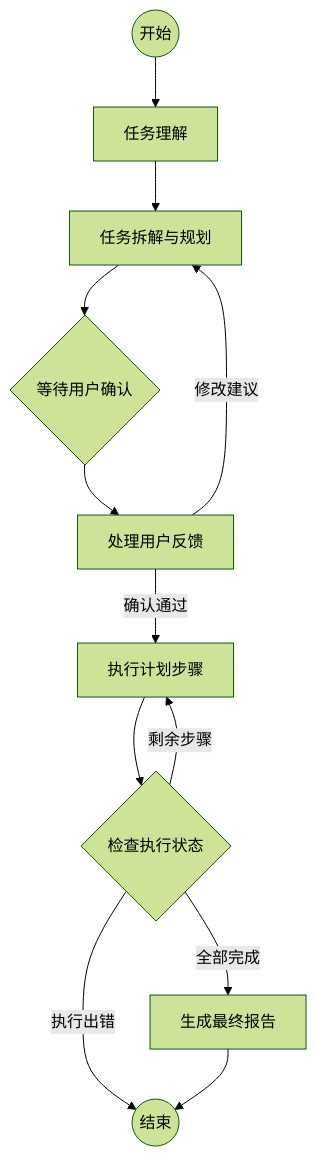
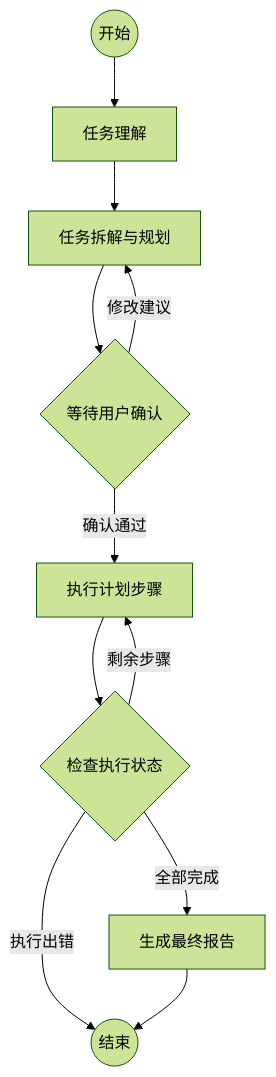
Before and after one commit to CaiJichang212/AutoPlanAgent-Trae: the diagram in README.md, drawn with Mermaid (forest theme). The commit also changed other lines of this file, not shown here.

````diff
--- a/README.md
+++ b/README.md
@@ -21,17 +21,15 @@
 ```mermaid
 graph TD
     Start((开始)) --> Understand[任务理解]
     Understand --> Plan[任务拆解与规划]
     Plan --> WaitConfirm{等待用户确认}
-    WaitConfirm --> Feedback[处理用户反馈]
-    
-    Feedback -- 修改建议 --> Plan
-    Feedback -- 确认通过 --> Execute[执行计划步骤]
+    WaitConfirm -- 修改建议 --> Plan
+    WaitConfirm -- 确认通过 --> Execute[执行计划步骤]
     
     Execute --> Check{检查执行状态}
     Check -- 剩余步骤 --> Execute
     Check -- 执行出错 --> End((结束))
     Check -- 全部完成 --> Report[生成最终报告]
     
     Report --> End
 ```
````
